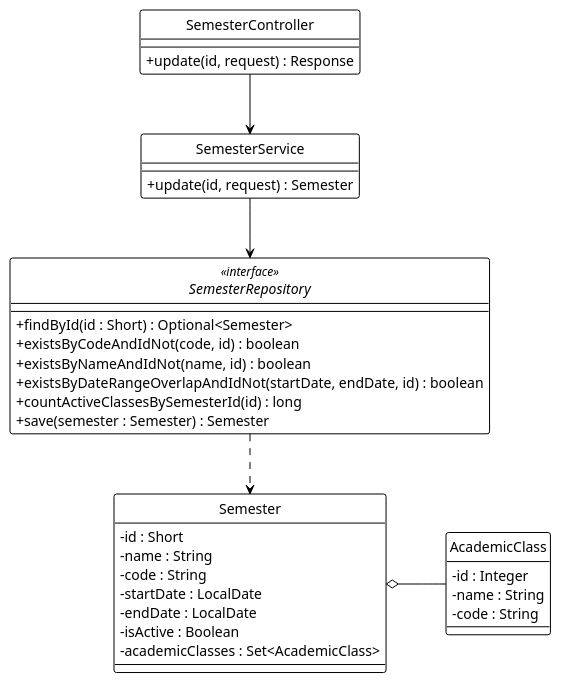
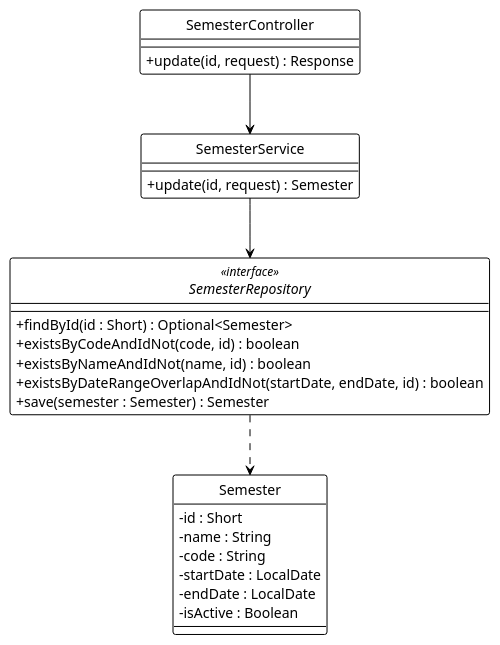
One commit to Ndh474/context changed the diagram in system_detailed_design/07_update_semester/class_diagram_update_semester.puml. Above: the diagram before and after it, drawn with PlantUML. The commit also changed 1 other file, not shown here.

Commit message:
refactor(diagrams): remove unused methods and simplify validation logic in update semester diagrams

```diff
--- a/system_detailed_design/07_update_semester/class_diagram_update_semester.puml
+++ b/system_detailed_design/07_update_semester/class_diagram_update_semester.puml
@@ -1,58 +1,47 @@
 @startuml update_semester
 !theme plain
 hide circle
 skinparam classAttributeIconSize 0
 
 ' --- CẤU HÌNH "ORTHO" (BẮT BUỘC) ---
 skinparam linetype ortho
 skinparam nodesep 60
 skinparam ranksep 60
 
 ' --- CONTROLLER ---
 class SemesterController {
   + update(id, request) : Response
 }
 
 ' --- SERVICE ---
 class SemesterService {
   + update(id, request) : Semester
 }
 
 ' --- REPOSITORY ---
 interface SemesterRepository <<interface>> {
   + findById(id : Short) : Optional<Semester>
   + existsByCodeAndIdNot(code, id) : boolean
   + existsByNameAndIdNot(name, id) : boolean
   + existsByDateRangeOverlapAndIdNot(startDate, endDate, id) : boolean
-  + countActiveClassesBySemesterId(id) : long
   + save(semester : Semester) : Semester
 }
 
 ' --- ENTITIES ---
 class Semester {
   - id : Short
   - name : String
   - code : String
   - startDate : LocalDate
   - endDate : LocalDate
   - isActive : Boolean
-  - academicClasses : Set<AcademicClass>
-}
-
-class AcademicClass {
-  - id : Integer
-  - name : String
-  - code : String
 }
 
 ' --- DEPENDENCY INJECTION (Association) ---
 SemesterController -down-> SemesterService
 SemesterService -down-> SemesterRepository
 
 ' --- REPOSITORY USAGE (Dependency) ---
 SemesterRepository .down.> Semester
 
-' --- ENTITY RELATIONSHIPS (Aggregation) ---
-Semester o-right- AcademicClass
-
 @enduml
```
